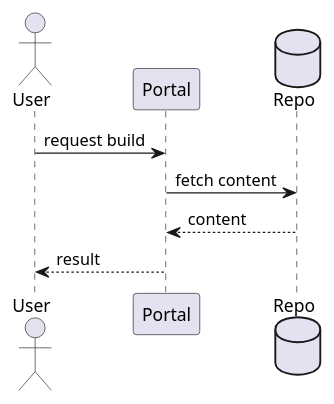
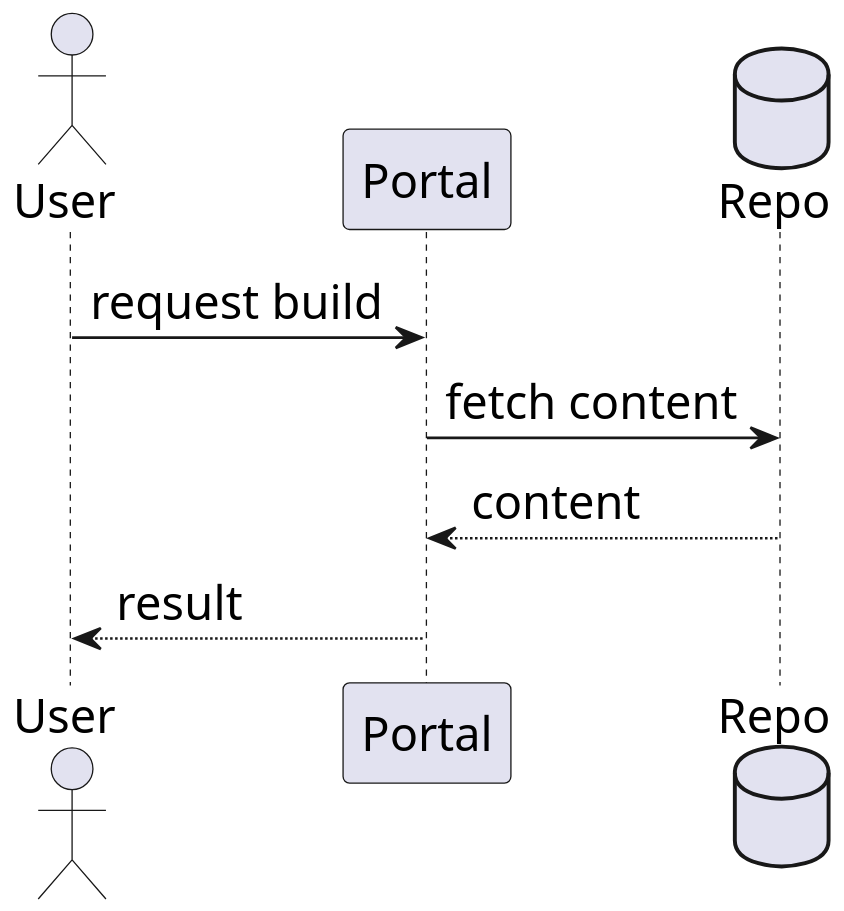
The second of 3 diagrams in examples/docx/sample-diagram-gallery.md (KhalilGibrotha/ansible-devspaces), drawn with PlantUML before and after one commit. The commit also changed other lines of this file, not shown here.

Commit message:
Increase PlantUML sample render readability

````diff
--- a/examples/docx/sample-diagram-gallery.md
+++ b/examples/docx/sample-diagram-gallery.md
@@ -63,11 +65,13 @@
 ```plantuml
 @startuml
+skinparam dpi 200
+skinparam defaultFontSize 18
 actor User
 participant Portal
 database Repo
 User -> Portal : request build
 Portal -> Repo : fetch content
 Repo --> Portal : content
 Portal --> User : result
 @enduml
 ```
````
